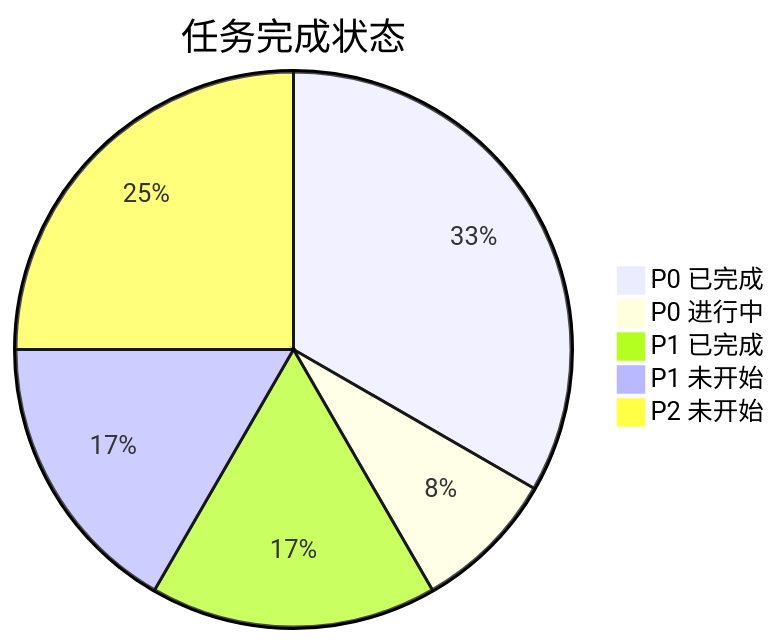
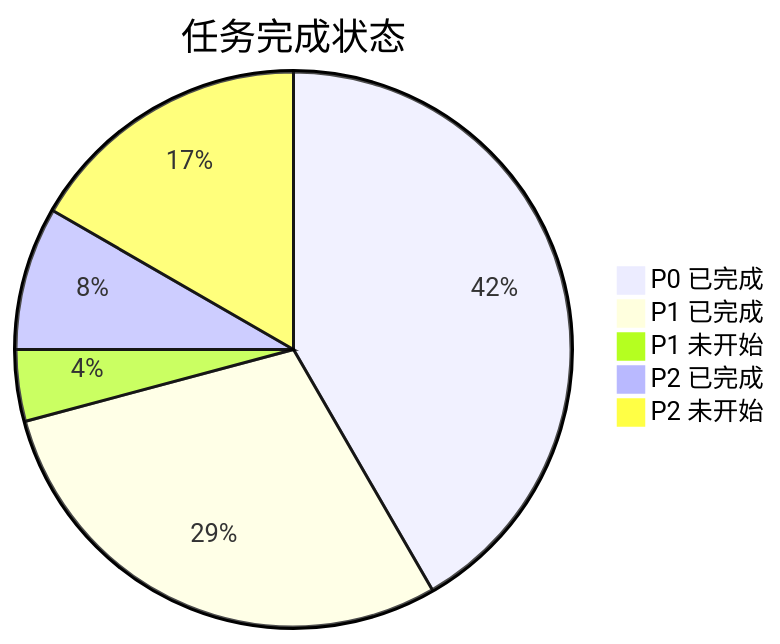
The first of 3 diagrams in .agents/plans/REFACTOR_PLAN.claude.progress.md (drearycold/YetAnotherEBookReader), drawn with Mermaid before and after one commit. The commit also changed other lines of this file and 6 other files, not shown here.

````diff
--- a/.agents/plans/REFACTOR_PLAN.claude.progress.md
+++ b/.agents/plans/REFACTOR_PLAN.claude.progress.md
@@ -10,8 +10,8 @@
 ```mermaid
 pie title 任务完成状态
-    "P0 已完成" : 8
-    "P0 进行中" : 2
-    "P1 已完成" : 4
-    "P1 未开始" : 4
-    "P2 未开始" : 6
+    "P0 已完成" : 10
+    "P1 已完成" : 7
+    "P1 未开始" : 1
+    "P2 已完成" : 2
+    "P2 未开始" : 4
 ```
````
